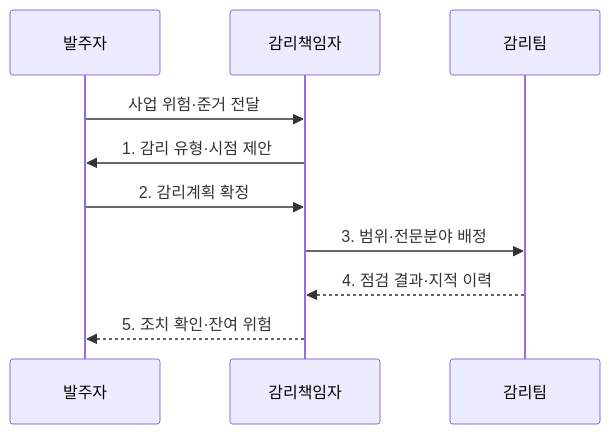
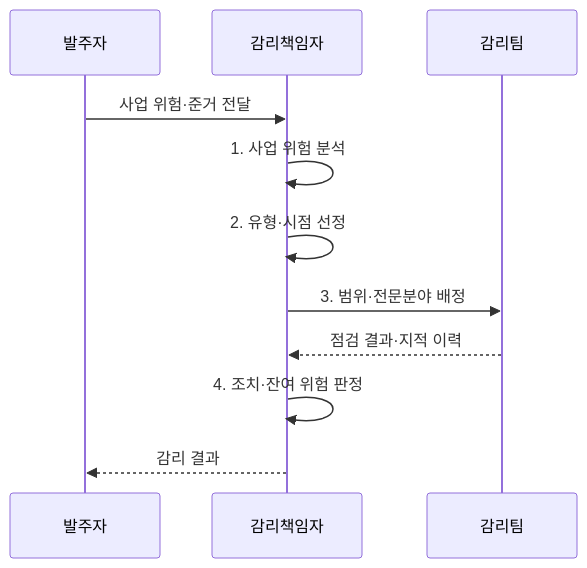
The second of 2 diagrams in src/content/docs/notes/06-evaluation/043_audit_types.md (agnusdei1207/knowledge-base), drawn with Mermaid before and after one commit. The commit also changed other lines of this file and 11 other files, not shown here.

````diff
--- a/src/content/docs/notes/06-evaluation/043_audit_types.md
+++ b/src/content/docs/notes/06-evaluation/043_audit_types.md
@@ -84,12 +85,13 @@
 ```mermaid
 sequenceDiagram
     participant C as 발주자
     participant A as 감리책임자
     participant T as 감리팀
     C->>A: 사업 위험·준거 전달
-    A->>C: 1. 감리 유형·시점 제안
-    C->>A: 2. 감리계획 확정
+    A->>A: 1. 사업 위험 분석
+    A->>A: 2. 유형·시점 선정
     A->>T: 3. 범위·전문분야 배정
-    T-->>A: 4. 점검 결과·지적 이력
-    A-->>C: 5. 조치 확인·잔여 위험
+    T-->>A: 점검 결과·지적 이력
+    A->>A: 4. 조치·잔여 위험 판정
+    A-->>C: 감리 결과
 ```
````
